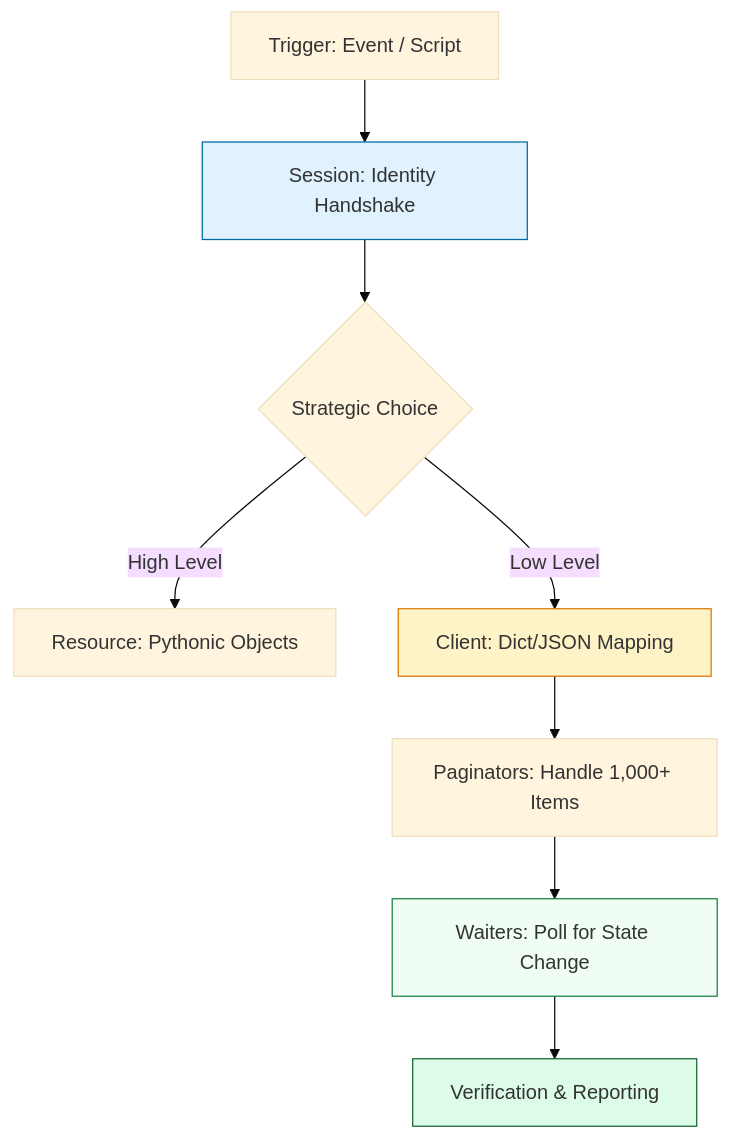
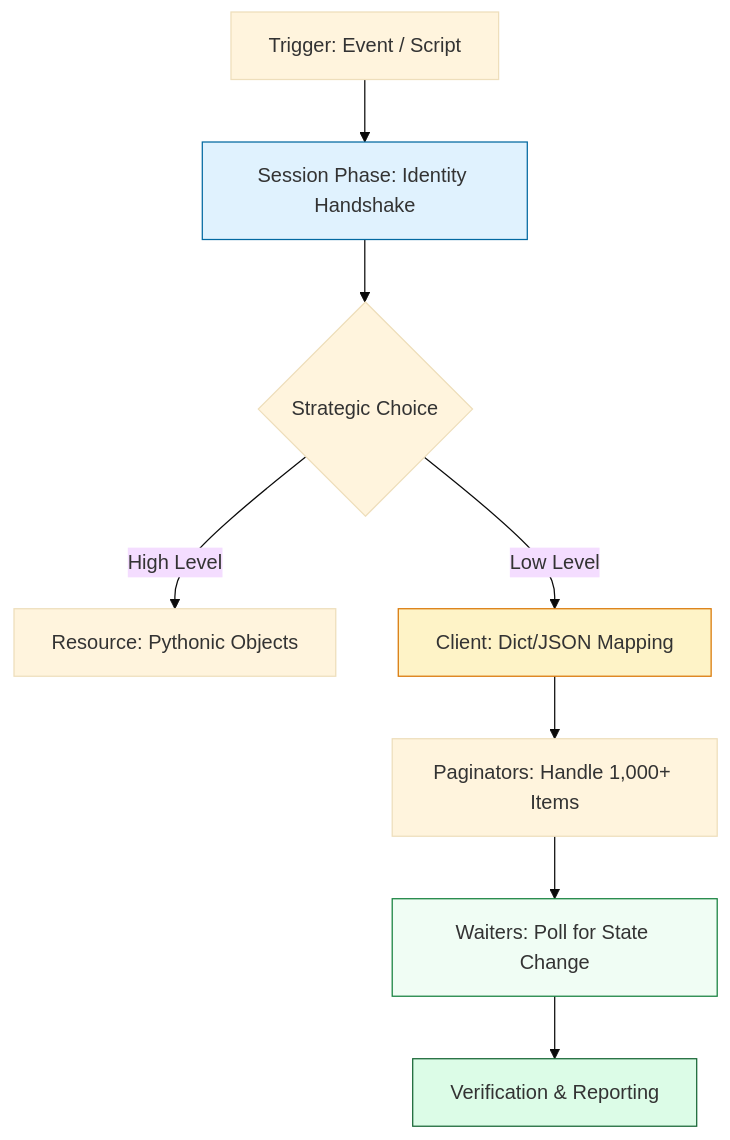
Before and after one commit to Ganil151/Devops: the diagram in 2-Intermediate/02-Phase-2/01-Infrastructure-Automation/01-Scripting-Automation/02-Python-for-Infrastructure/03-Part-3-The-Building-Blocks/01-AWS-Automation-Boto3/README.md, drawn with Mermaid (base theme). The commit also changed other lines of this file and 490 other files, not shown here.

````diff
--- a/2-Intermediate/02-Phase-2/01-Infrastructure-Automation/01-Scripting-Automation/02-Python-for-Infrastructure/03-Part-3-The-Building-Blocks/01-AWS-Automation-Boto3/README.md
+++ b/2-Intermediate/02-Phase-2/01-Infrastructure-Automation/01-Scripting-Automation/02-Python-for-Infrastructure/03-Part-3-The-Building-Blocks/01-AWS-Automation-Boto3/README.md
@@ -34,15 +41,15 @@
 ```mermaid
 graph TD
-    A[Trigger: Event / Script] --> B[Session: Identity Handshake]
+    A[Trigger: Event / Script] --> B[Session Phase: Identity Handshake]
     B --> C{Strategic Choice}
     C -- High Level --> D[Resource: Pythonic Objects]
     C -- Low Level --> E[Client: Dict/JSON Mapping]
     E --> F[Paginators: Handle 1,000+ Items]
     F --> G[Waiters: Poll for State Change]
     G --> H[Verification & Reporting]
     
     style B fill:#e0f2fe,stroke:#0369a1
     style E fill:#fef3c7,stroke:#d97706
     style G fill:#f0fdf4,stroke:#15803d
     style H fill:#dcfce7,stroke:#166534
 ```
````
